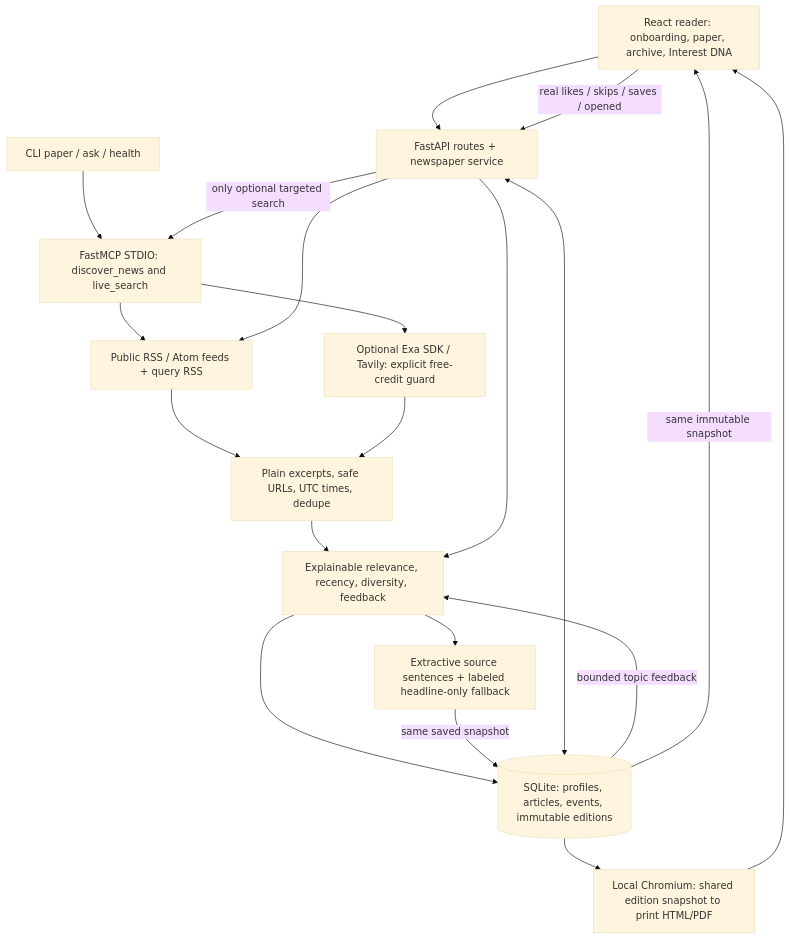
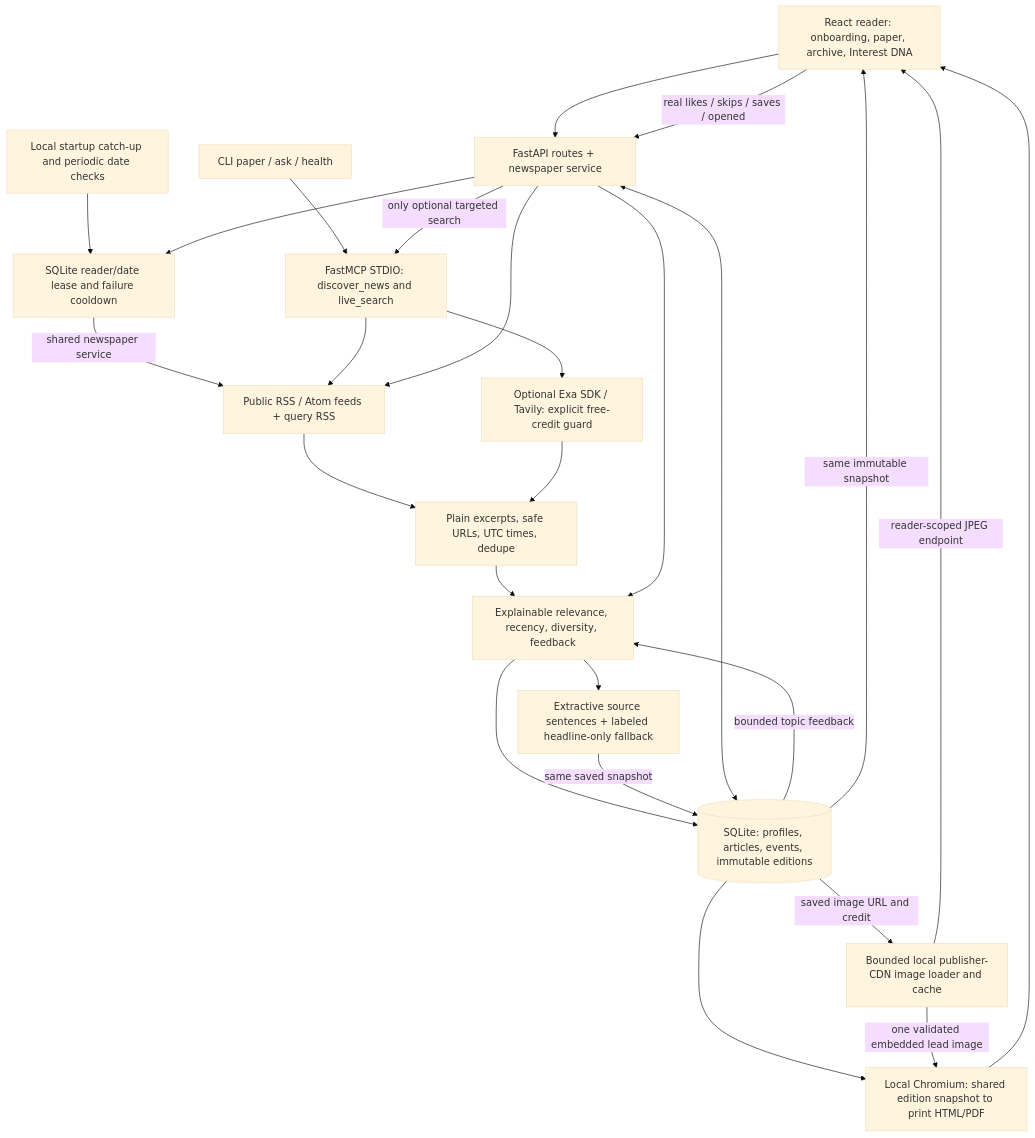
The diagram in ARCHITECTURE.md (Uzair-Ibrahim/The-Daily-Minds), drawn with Mermaid (base theme) before and after one commit. The commit also changed other lines of this file and 28 other files, not shown here.

First line of the commit message:
feat: Implement Living Story Graph feature with backend and frontend components

````diff
--- a/ARCHITECTURE.md
+++ b/ARCHITECTURE.md
@@ -3,33 +3,42 @@
 ```mermaid
 flowchart TD
     Reader[React reader: onboarding, paper, archive, Interest DNA]
     API[FastAPI routes + newspaper service]
     RSS[Public RSS / Atom feeds + query RSS]
     Tools[FastMCP STDIO: discover_news and live_search]
     Search[Optional Exa SDK / Tavily: explicit free-credit guard]
     Normalize[Plain excerpts, safe URLs, UTC times, dedupe]
     Rank[Explainable relevance, recency, diversity, feedback]
     Memory[Extractive source sentences + labeled headline-only fallback]
     DB[(SQLite: profiles, articles, events, immutable editions)]
     PDF[Local Chromium: shared edition snapshot to print HTML/PDF]
     CLI[CLI paper / ask / health]
+    Scheduler[Local startup catch-up and periodic date checks]
+    Lease[SQLite reader/date lease and failure cooldown]
+    Images[Bounded local publisher-CDN image loader and cache]
     Reader --> API
+    Scheduler --> Lease
+    API --> Lease
+    Lease -->|shared newspaper service| RSS
     CLI --> Tools
     Tools --> RSS
     Tools --> Search
     API --> RSS
     API -->|only optional targeted search| Tools
     RSS --> Normalize
     Search --> Normalize
     Normalize --> Rank
     API --> Rank
     Rank --> DB
     Rank --> Memory
     Memory -->|same saved snapshot| DB
     API <--> DB
     Reader -->|real likes / skips / saves / opened| API
     DB -->|bounded topic feedback| Rank
     DB -->|same immutable snapshot| Reader
     DB --> PDF
+    DB -->|saved image URL and credit| Images
+    Images -->|reader-scoped JPEG endpoint| Reader
+    Images -->|one validated embedded lead image| PDF
     PDF --> Reader
 ```
````
